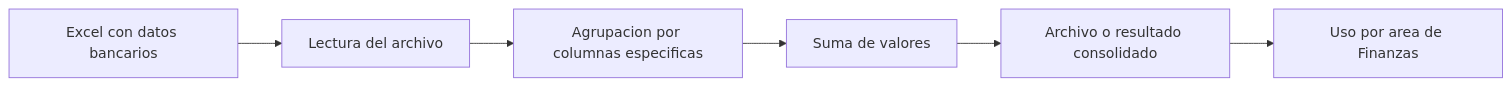
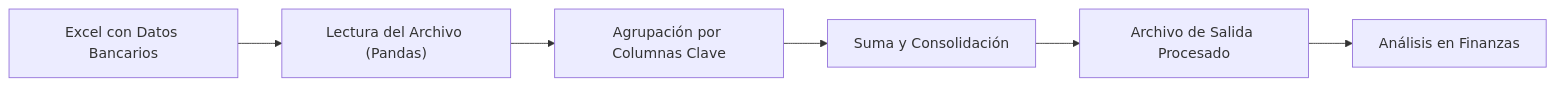
Before and after one commit to claudux/python-business-automation-scripts: the second of 4 diagrams in README.md, drawn with Mermaid. The commit also changed other lines of this file, not shown here.

````diff
--- a/README.md
+++ b/README.md
@@ -48,8 +47,8 @@
 ```mermaid
 flowchart LR
-    A[Excel con datos bancarios] --> B[Lectura del archivo]
-    B --> C[Agrupacion por columnas especificas]
-    C --> D[Suma de valores]
-    D --> E[Archivo o resultado consolidado]
-    E --> F[Uso por area de Finanzas]
+    A["Excel con Datos Bancarios"] --> B["Lectura del Archivo (Pandas)"]
+    B --> C["Agrupación por Columnas Clave"]
+    C --> D["Suma y Consolidación"]
+    D --> E["Archivo de Salida Procesado"]
+    E --> F["Análisis en Finanzas"]
 ```
````
